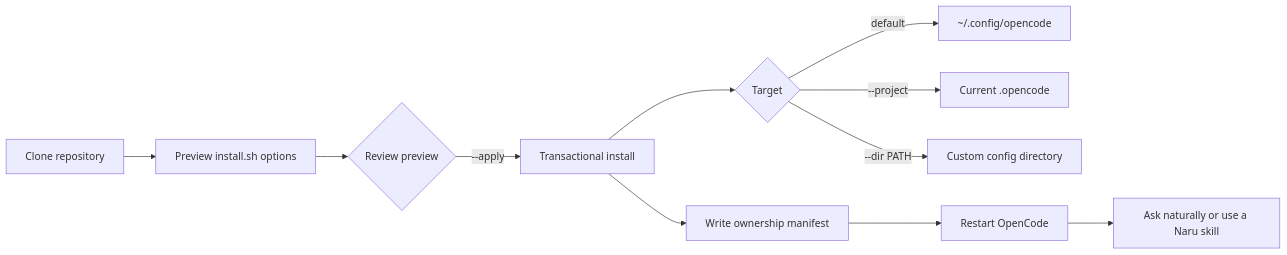
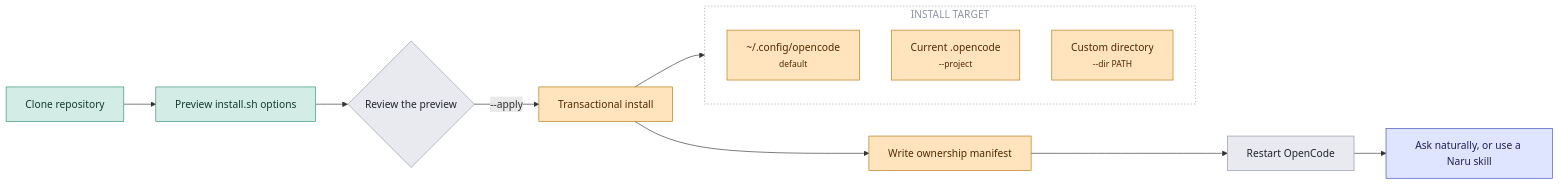
Before and after one commit to sean35mm/naru-opencode: the diagram in docs/src/content/docs/getting-started/installation.md, drawn with Mermaid. The commit also changed other lines of this file and 18 other files, not shown here.

First line of the commit message:
docs: redesign documentation site and diagrams

````diff
--- a/docs/src/content/docs/getting-started/installation.md
+++ b/docs/src/content/docs/getting-started/installation.md
@@ -8,13 +8,29 @@
 ```mermaid
 flowchart LR
-  A[Clone repository] --> B[Preview install.sh options]
-  B --> C{Review preview}
-  C -->|--apply| D[Transactional install]
-  D --> E{Target}
-  E -->|default| F[~/.config/opencode]
-  E -->|--project| G[Current .opencode]
-  E -->|--dir PATH| H[Custom config directory]
-  D --> I[Write ownership manifest]
-  I --> J[Restart OpenCode]
-  J --> K["Ask naturally or use a Naru skill"]
+  A["Clone repository"]:::read
+  B["Preview install.sh options"]:::read
+  C{"Review the preview"}:::gate
+  D["Transactional install"]:::write
+  I["Write ownership manifest"]:::write
+  J["Restart OpenCode"]:::gate
+  K["Ask naturally, or use a Naru skill"]:::entry
+
+  subgraph targets["INSTALL TARGET"]
+    direction TB
+    F["~/.config/opencode<br/><small>default</small>"]:::write
+    G["Current .opencode<br/><small>--project</small>"]:::write
+    H["Custom directory<br/><small>--dir PATH</small>"]:::write
+  end
+
+  A --> B --> C
+  C -->|"--apply"| D
+  D --> targets
+  D --> I --> J --> K
+
+  style targets fill:none,stroke:#8f96a5,stroke-dasharray:2 3,color:#8f96a5
+
+  classDef entry fill:#dfe4ff,stroke:#3f4fbe,color:#1b2456
+  classDef read fill:#d3ece5,stroke:#2f8f78,color:#123a31
+  classDef write fill:#ffe4bd,stroke:#b8760f,color:#4a2c00
+  classDef gate fill:#e8eaf0,stroke:#8f96a5,color:#22252e
 ```
````
